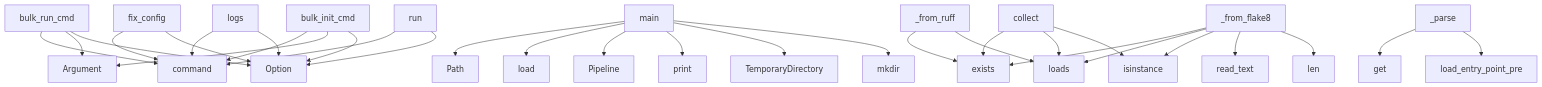
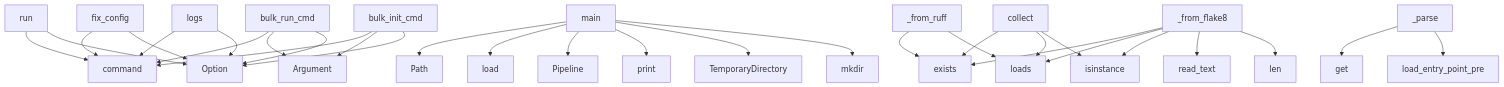
One commit to semcod/pyqual changed the diagram in project/context.md. Above: the diagram before and after it, drawn with Mermaid. The commit also changed other lines of this file and 31 other files, not shown here.

````diff
--- a/project/context.md
+++ b/project/context.md
@@ -503,33 +503,33 @@
 ```mermaid
 graph TD
+    run --> command
+    run --> Option
     bulk_run_cmd --> command
     bulk_run_cmd --> Argument
     bulk_run_cmd --> Option
     fix_config --> command
     fix_config --> Option
     logs --> command
     logs --> Option
     bulk_init_cmd --> command
     bulk_init_cmd --> Argument
     bulk_init_cmd --> Option
     main --> Path
     main --> load
     main --> Pipeline
     main --> print
     main --> TemporaryDirectory
     main --> mkdir
     _from_flake8 --> exists
     _from_flake8 --> loads
     _from_flake8 --> isinstance
     _from_flake8 --> read_text
     _from_flake8 --> len
-    run --> command
-    run --> Option
     _parse --> get
     _parse --> load_entry_point_pre
     collect --> exists
     collect --> loads
     collect --> isinstance
     _from_ruff --> exists
     _from_ruff --> loads
 ```
````
